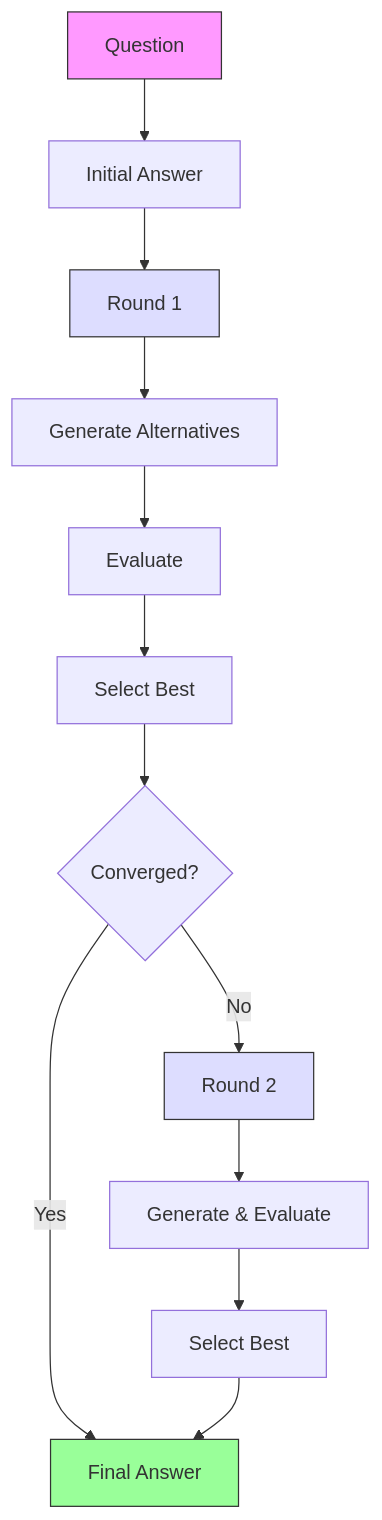
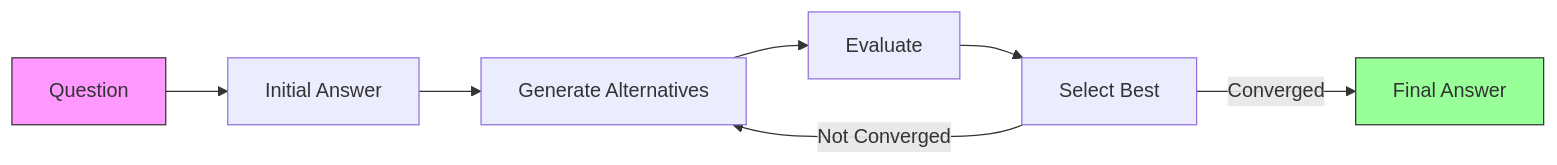
The diagram in README.md (tomascupr/thinkthread), drawn with Mermaid before and after one commit. The commit also changed other lines of this file, not shown here.

````diff
--- a/README.md
+++ b/README.md
@@ -23,19 +50,9 @@
 ```mermaid
-graph TD
-    A[Question] --> B[Initial Answer]
-    B --> C[Round 1]
-    C --> D[Generate Alternatives]
-    D --> E[Evaluate]
-    E --> F[Select Best]
-    F --> G{Converged?}
-    G -->|Yes| K[Final Answer]
-    G -->|No| H[Round 2]
-    H --> I[Generate & Evaluate]
-    I --> J[Select Best]
-    J --> K
+graph LR
+    A[Question] --> B[Initial Answer] --> C[Generate Alternatives] --> D[Evaluate] --> E[Select Best]
+    E -->|Not Converged| C
+    E -->|Converged| F[Final Answer]
     
     style A fill:#f9f,stroke:#333,stroke-width:1px
-    style K fill:#9f9,stroke:#333,stroke-width:1px
-    style C fill:#ddf,stroke:#333,stroke-width:1px
-    style H fill:#ddf,stroke:#333,stroke-width:1px
+    style F fill:#9f9,stroke:#333,stroke-width:1px
 ```
````
